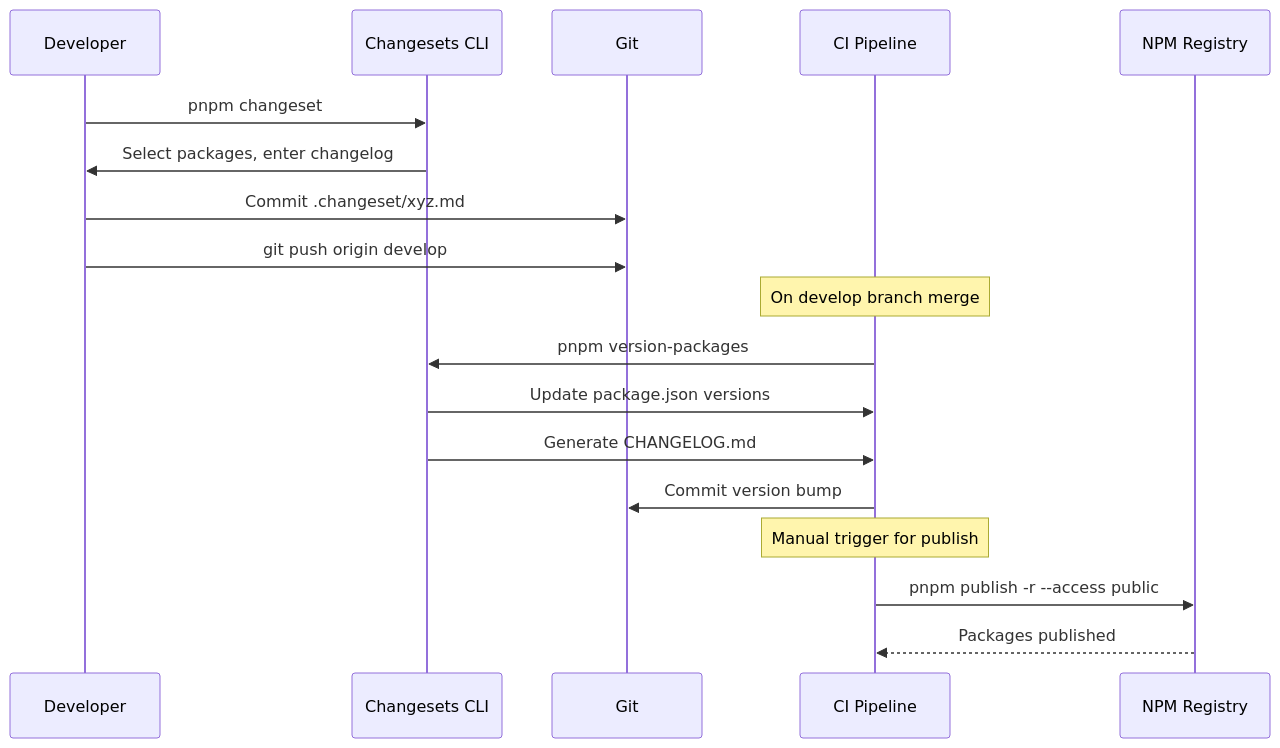
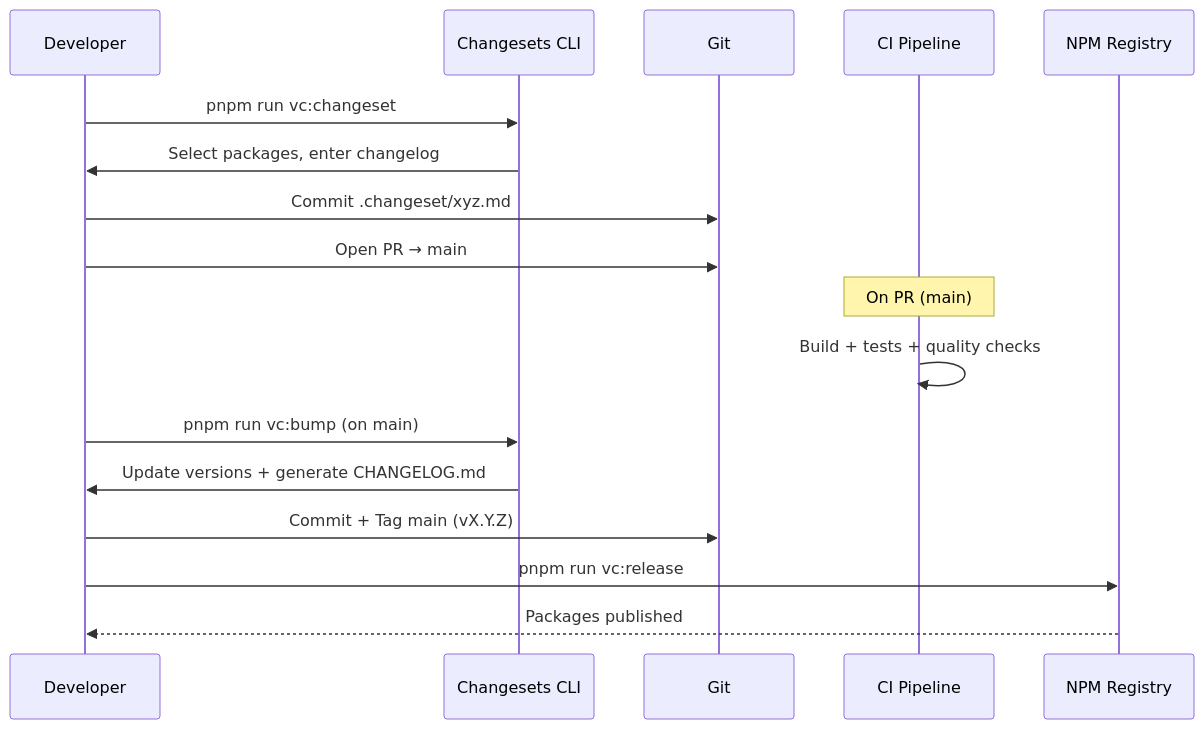
Before and after one commit to mainzcript/ujl: the seventh of 8 diagrams in apps/docs/src/arc42/07-deployment-view.md, drawn with Mermaid. The commit also changed 13 other files, not shown here.

````diff
--- a/apps/docs/src/arc42/07-deployment-view.md
+++ b/apps/docs/src/arc42/07-deployment-view.md
@@ -533,27 +533,25 @@
 ```mermaid
 sequenceDiagram
     participant Dev as Developer
     participant Changesets as Changesets CLI
     participant Git as Git
     participant CI as CI Pipeline
     participant NPM as NPM Registry
 
-    Dev->>Changesets: pnpm changeset
+    Dev->>Changesets: pnpm run vc:changeset
     Changesets->>Dev: Select packages, enter changelog
     Dev->>Git: Commit .changeset/xyz.md
 
-    Dev->>Git: git push origin develop
+    Dev->>Git: Open PR → main
 
-    Note over CI: On develop branch merge
+    Note over CI: On PR (main)
 
-    CI->>Changesets: pnpm version-packages
-    Changesets->>CI: Update package.json versions
-    Changesets->>CI: Generate CHANGELOG.md
+    CI->>CI: Build + tests + quality checks
 
-    CI->>Git: Commit version bump
+    Dev->>Changesets: pnpm run vc:bump (on main)
+    Changesets->>Dev: Update versions + generate CHANGELOG.md
+    Dev->>Git: Commit + Tag main (vX.Y.Z)
 
-    Note over CI: Manual trigger for publish
-
-    CI->>NPM: pnpm publish -r --access public
-    NPM-->>CI: Packages published
+    Dev->>NPM: pnpm run vc:release
+    NPM-->>Dev: Packages published
 ```
````
